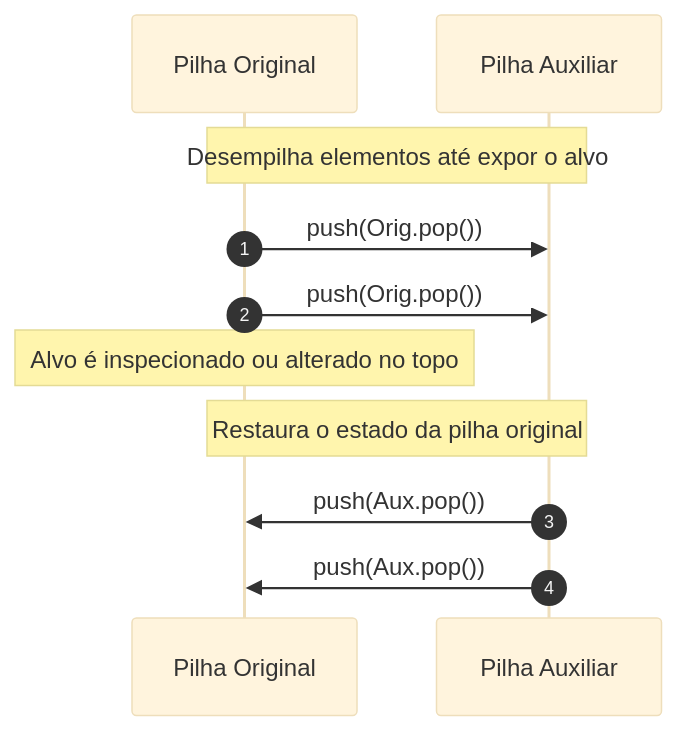
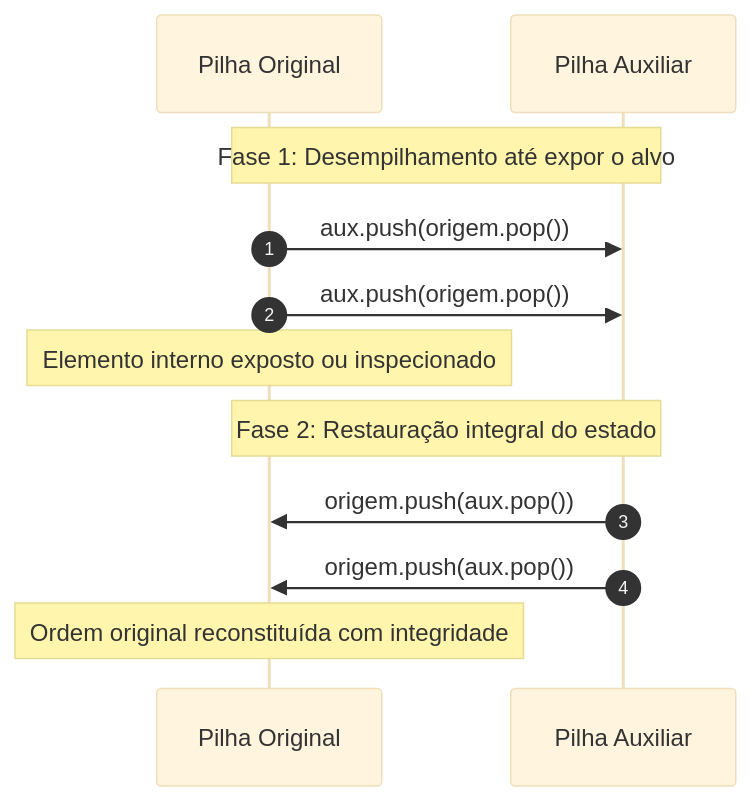
Diagram 27 of 33 in 4º Semestre/[Prof. Wesley Soares] Estrutura de Dados I/Resumos-IA/Caderno-Consolidado.md (murilolol/unifef), drawn with Mermaid (base theme) before and after one commit. The commit also changed other lines of this file and 18 other files, not shown here.

````diff
--- a/4º Semestre/[Prof. Wesley Soares] Estrutura de Dados I/Resumos-IA/Caderno-Consolidado.md
+++ b/4º Semestre/[Prof. Wesley Soares] Estrutura de Dados I/Resumos-IA/Caderno-Consolidado.md
@@ -1120,13 +1247,16 @@
 ```mermaid
 sequenceDiagram
     autonumber
-    participant Orig as Pilha Original
+    participant Origem as Pilha Original
     participant Aux as Pilha Auxiliar
-    Note over Orig,Aux: Desempilha elementos até expor o alvo
-    Orig->>Aux: push(Orig.pop())
-    Orig->>Aux: push(Orig.pop())
-    Note over Orig: Alvo é inspecionado ou alterado no topo
-    Note over Orig,Aux: Restaura o estado da pilha original
-    Aux->>Orig: push(Aux.pop())
-    Aux->>Orig: push(Aux.pop())
+
+    Note over Origem,Aux: Fase 1: Desempilhamento até expor o alvo
+    Origem->>Aux: aux.push(origem.pop())
+    Origem->>Aux: aux.push(origem.pop())
+    Note over Origem: Elemento interno exposto ou inspecionado
+
+    Note over Origem,Aux: Fase 2: Restauração integral do estado
+    Aux->>Origem: origem.push(aux.pop())
+    Aux->>Origem: origem.push(aux.pop())
+    Note over Origem: Ordem original reconstituída com integridade
 ```
````
